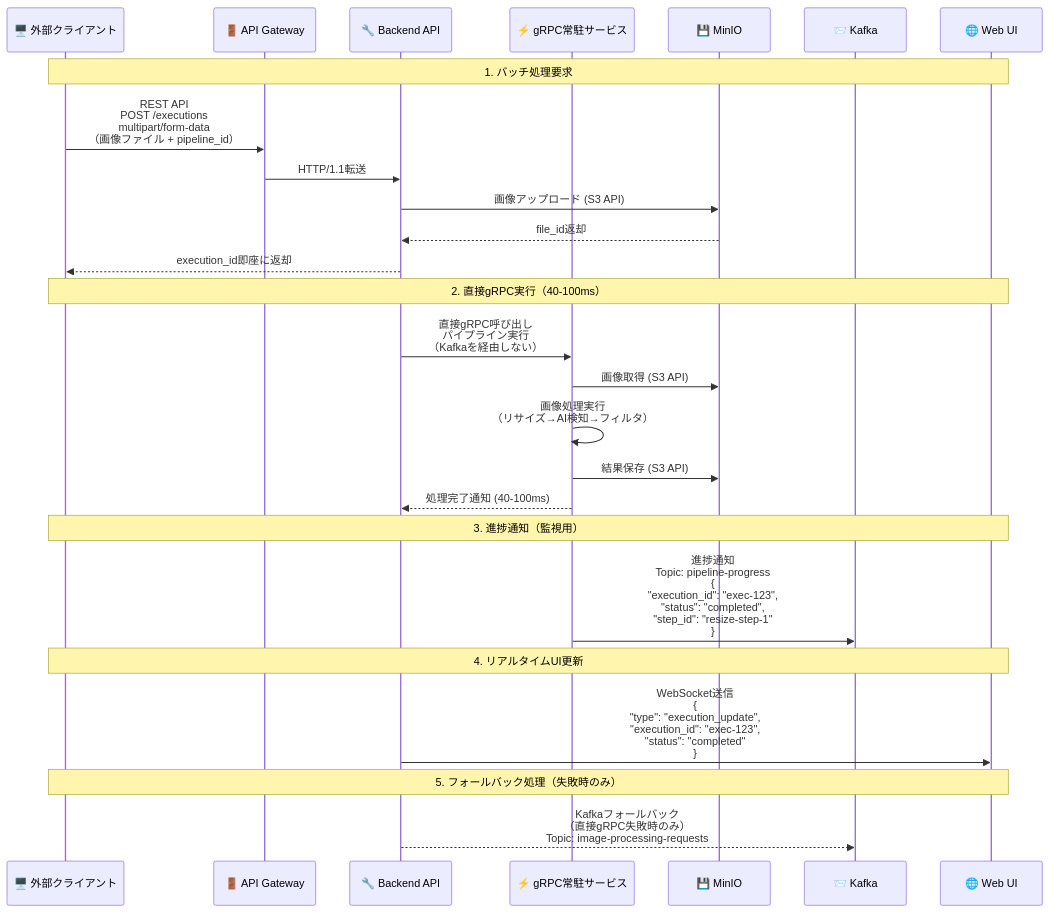
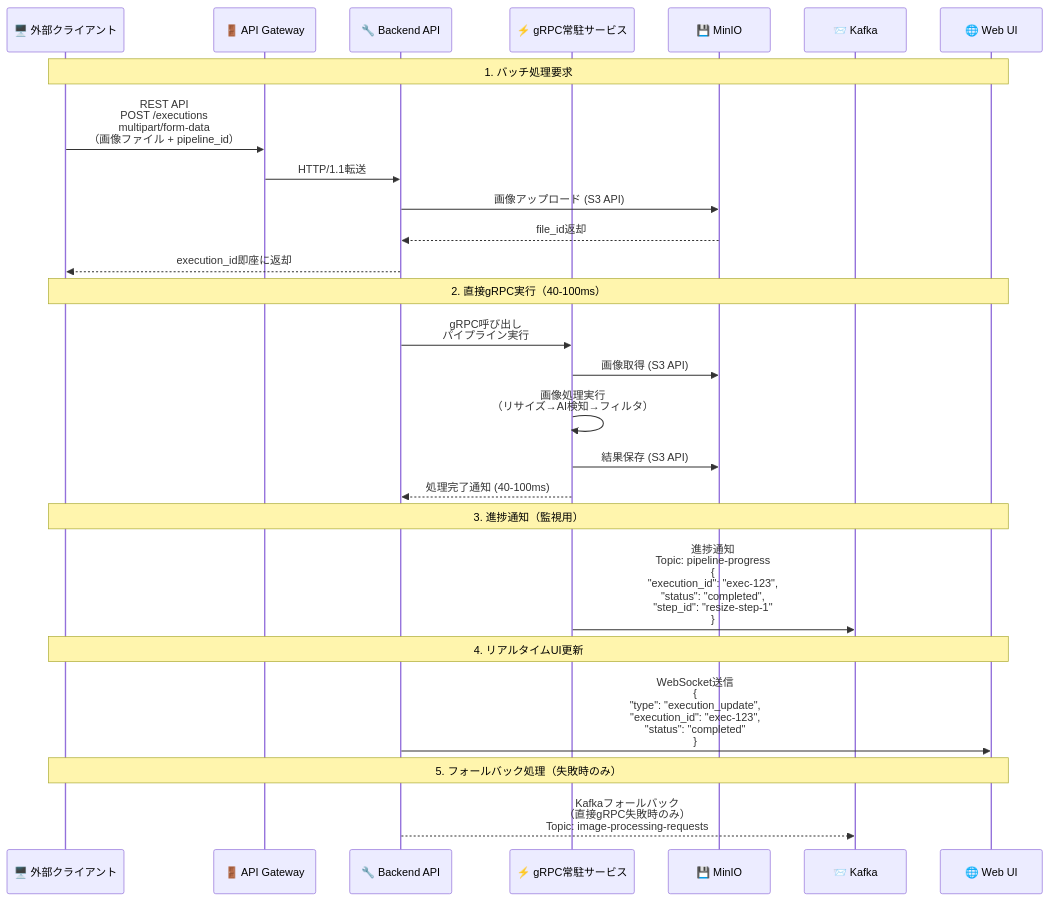
One commit to daichiTAAA/ImageFlowCanvas changed the first of 5 diagrams in docs/0300_設計_アプローチ1/0304_API設計.md. Above: the diagram before and after it, drawn with Mermaid. The commit also changed other lines of this file and 1 other file, not shown here.

````diff
--- a/docs/0300_設計_アプローチ1/0304_API設計.md
+++ b/docs/0300_設計_アプローチ1/0304_API設計.md
@@ -19,33 +19,33 @@
 ```mermaid
 sequenceDiagram
     participant Client as 🖥️ 外部クライアント
     participant Gateway as 🚪 API Gateway
     participant API as 🔧 Backend API
     participant gRPCServices as ⚡ gRPC常駐サービス
     participant MinIO as 💾 MinIO
     participant Kafka as 📨 Kafka
     participant WebUI as 🌐 Web UI
 
     Note over Client, WebUI: 1. バッチ処理要求
     Client->>Gateway: REST API<br/>POST /executions<br/>multipart/form-data<br/>（画像ファイル + pipeline_id）
     Gateway->>API: HTTP/1.1転送
     API->>MinIO: 画像アップロード (S3 API)
     MinIO-->>API: file_id返却
     API-->>Client: execution_id即座に返却
     
     Note over Client, WebUI: 2. 直接gRPC実行（40-100ms）
-    API->>gRPCServices: 直接gRPC呼び出し<br/>パイプライン実行<br/>（Kafkaを経由しない）
+    API->>gRPCServices: gRPC呼び出し<br/>パイプライン実行
     gRPCServices->>MinIO: 画像取得 (S3 API)
     gRPCServices->>gRPCServices: 画像処理実行<br/>（リサイズ→AI検知→フィルタ）
     gRPCServices->>MinIO: 結果保存 (S3 API)
     gRPCServices-->>API: 処理完了通知 (40-100ms)
     
     Note over Client, WebUI: 3. 進捗通知（監視用）
     gRPCServices->>Kafka: 進捗通知<br/>Topic: pipeline-progress<br/>{<br/>  "execution_id": "exec-123",<br/>  "status": "completed",<br/>  "step_id": "resize-step-1"<br/>}
     
     Note over Client, WebUI: 4. リアルタイムUI更新
     API->>WebUI: WebSocket送信<br/>{<br/>  "type": "execution_update",<br/>  "execution_id": "exec-123",<br/>  "status": "completed"<br/>}
     
     Note over Client, WebUI: 5. フォールバック処理（失敗時のみ）
     API-->>Kafka: Kafkaフォールバック<br/>（直接gRPC失敗時のみ）<br/>Topic: image-processing-requests
 ```
````
